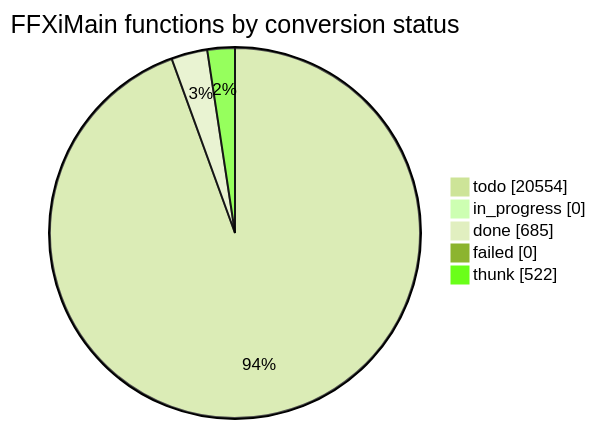
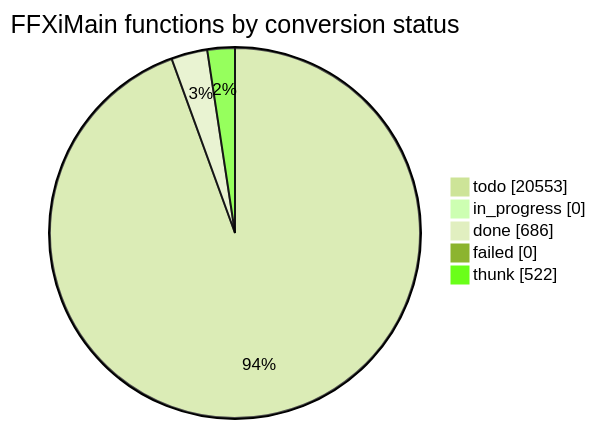
The diagram in docs/cow/STATUS.md (cowrevenge/cow_kuluu_xi_anything), drawn with Mermaid (forest theme) before and after one commit. The commit also changed other lines of this file and 9 other files, not shown here.

````diff
--- a/docs/cow/STATUS.md
+++ b/docs/cow/STATUS.md
@@ -18,9 +18,9 @@
 ```mermaid
 pie showData
     title FFXiMain functions by conversion status
-    "todo" : 20554
+    "todo" : 20553
     "in_progress" : 0
-    "done" : 685
+    "done" : 686
     "failed" : 0
     "thunk" : 522
 ```
````
